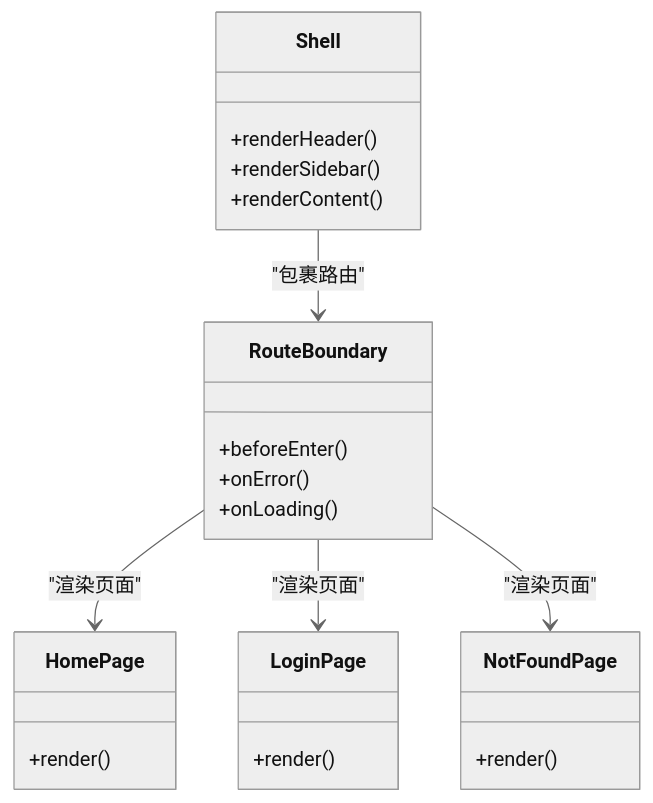
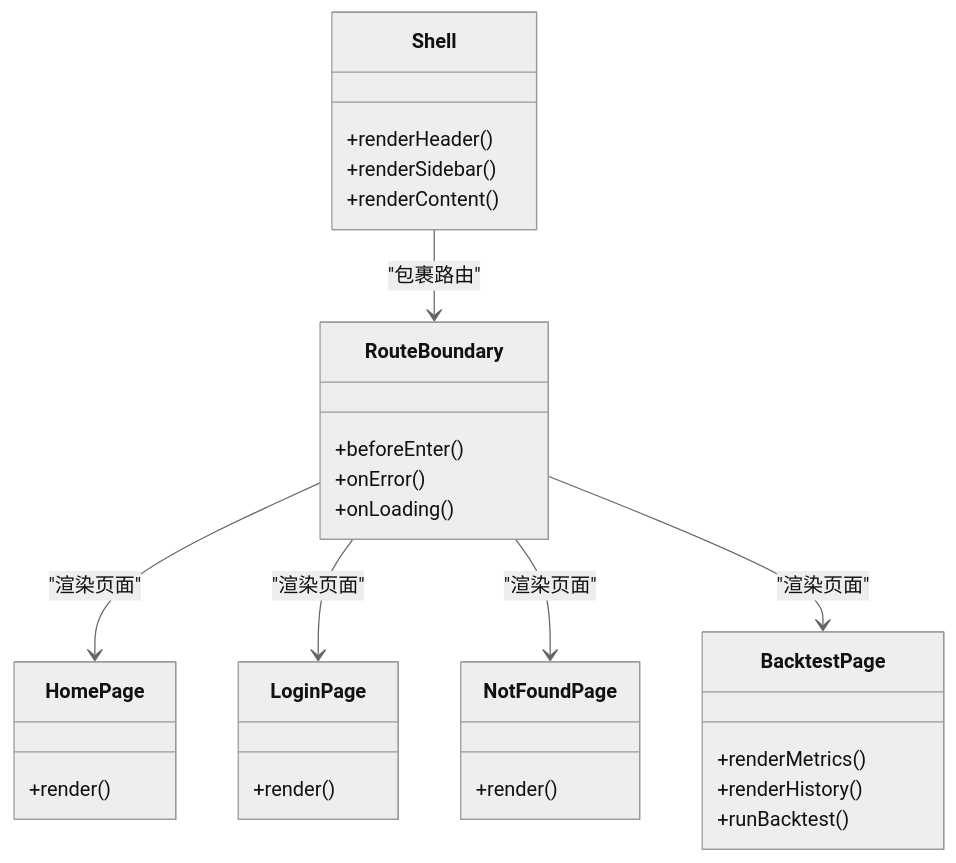
Before and after one commit to anYaoooo/daily_stock_analysis: the fourth of 9 diagrams in .qoder/repowiki/zh/content/Web前端界面/Web应用架构.md, drawn with Mermaid (neutral theme). The commit also changed other lines of this file and 140 other files, not shown here.

````diff
--- a/.qoder/repowiki/zh/content/Web前端界面/Web应用架构.md
+++ b/.qoder/repowiki/zh/content/Web前端界面/Web应用架构.md
@@ -189,26 +204,32 @@
 ```mermaid
 classDiagram
 class Shell {
 +renderHeader()
 +renderSidebar()
 +renderContent()
 }
 class RouteBoundary {
 +beforeEnter()
 +onError()
 +onLoading()
 }
 class HomePage {
 +render()
 }
 class LoginPage {
 +render()
 }
 class NotFoundPage {
 +render()
 }
+class BacktestPage {
++renderMetrics()
++renderHistory()
++runBacktest()
+}
 Shell --> RouteBoundary : "包裹路由"
 RouteBoundary --> HomePage : "渲染页面"
 RouteBoundary --> LoginPage : "渲染页面"
 RouteBoundary --> NotFoundPage : "渲染页面"
+RouteBoundary --> BacktestPage : "渲染页面"
 ```
````
